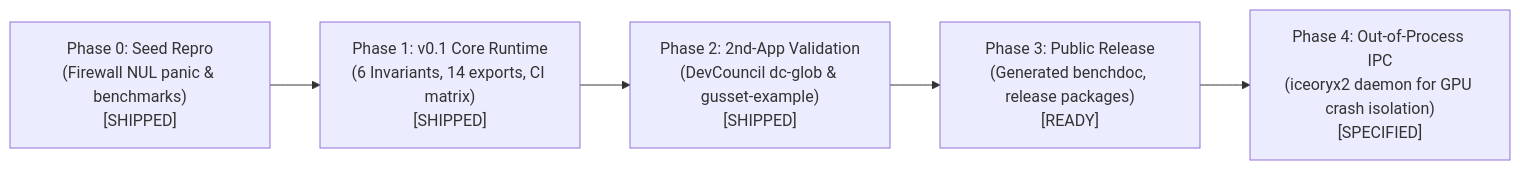
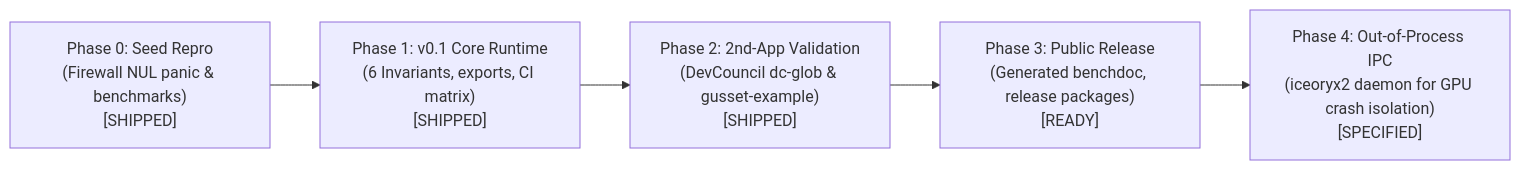
The third of 3 diagrams in docs/PLAN.md (bharathvbcr/gusset), drawn with Mermaid before and after one commit. The commit also changed other lines of this file and 22 other files, not shown here.

````diff
--- a/docs/PLAN.md
+++ b/docs/PLAN.md
@@ -95,7 +95,7 @@
 ```mermaid
 flowchart LR
-    P0["Phase 0: Seed Repro\n(Firewall NUL panic & benchmarks)\n[SHIPPED]"] --> P1["Phase 1: v0.1 Core Runtime\n(6 Invariants, 14 exports, CI matrix)\n[SHIPPED]"]
+    P0["Phase 0: Seed Repro\n(Firewall NUL panic & benchmarks)\n[SHIPPED]"] --> P1["Phase 1: v0.1 Core Runtime\n(6 Invariants, exports, CI matrix)\n[SHIPPED]"]
     P1 --> P2["Phase 2: 2nd-App Validation\n(DevCouncil dc-glob & gusset-example)\n[SHIPPED]"]
     P2 --> P3["Phase 3: Public Release\n(Generated benchdoc, release packages)\n[READY]"]
     P3 --> P4["Phase 4: Out-of-Process IPC\n(iceoryx2 daemon for GPU crash isolation)\n[SPECIFIED]"]
 ```
````
